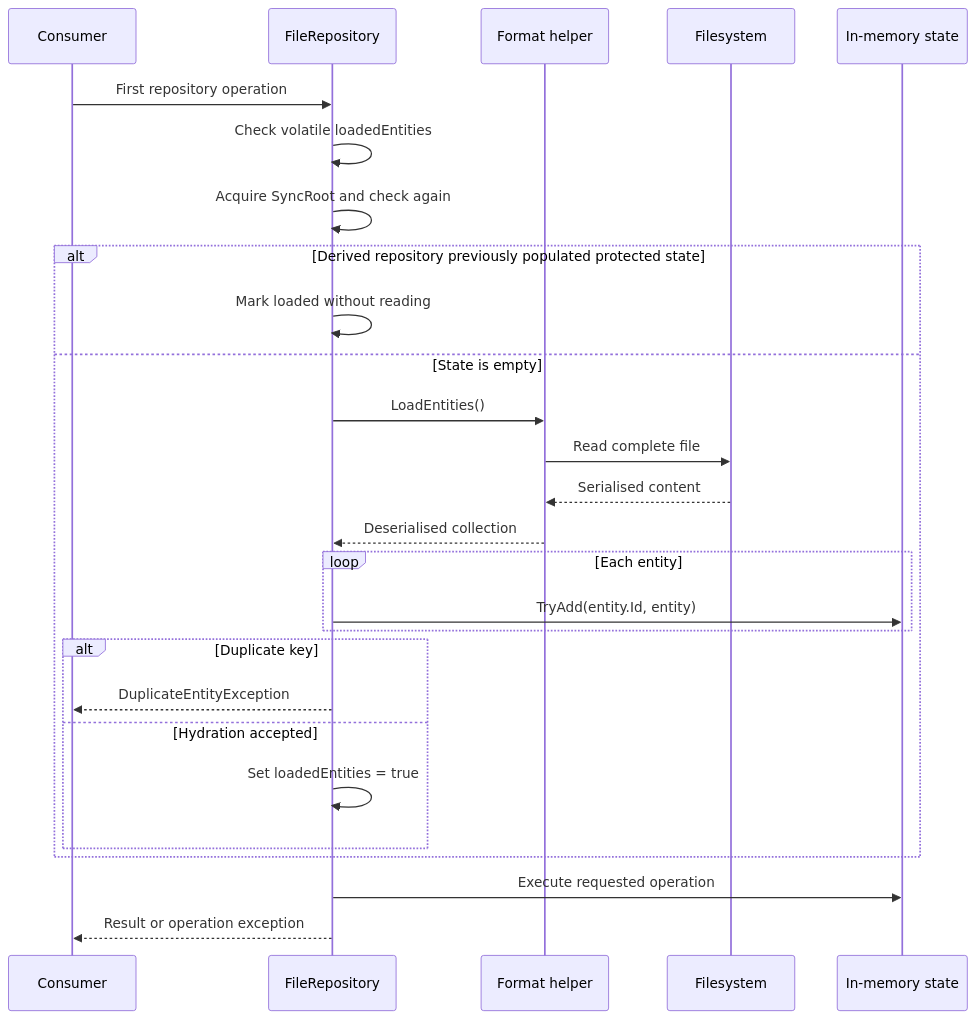
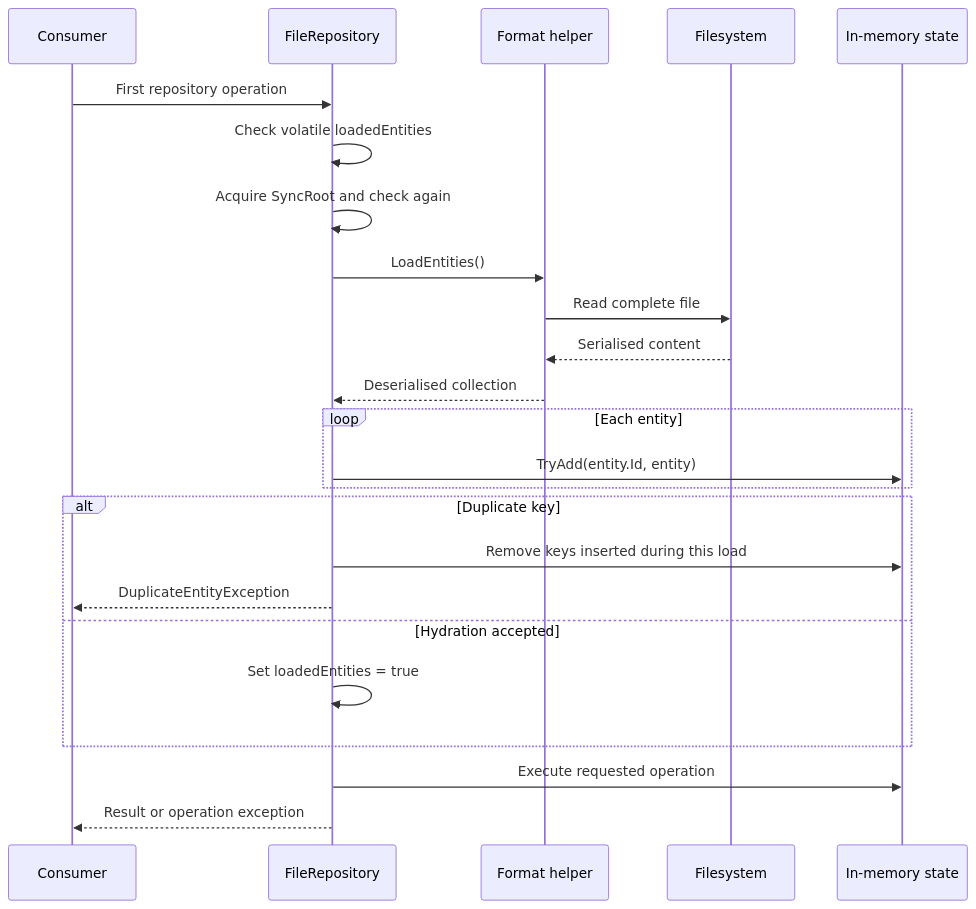
One commit to hmlendea/nucidal changed the sixth of 8 diagrams in ARCHITECTURE.md. Above: the diagram before and after it, drawn with Mermaid. The commit also changed other lines of this file and 2 other files, not shown here.

Commit message:
hydration: Preserve pre-seeded state when hydration fails

````diff
--- a/ARCHITECTURE.md
+++ b/ARCHITECTURE.md
@@ -321,30 +321,27 @@
 ```mermaid
 sequenceDiagram
     participant Consumer
     participant FileRepository
     participant Helper as Format helper
     participant FileSystem as Filesystem
     participant State as In-memory state
 
     Consumer->>FileRepository: First repository operation
     FileRepository->>FileRepository: Check volatile loadedEntities
     FileRepository->>FileRepository: Acquire SyncRoot and check again
-    alt Derived repository previously populated protected state
-        FileRepository->>FileRepository: Mark loaded without reading
-    else State is empty
-        FileRepository->>Helper: LoadEntities()
-        Helper->>FileSystem: Read complete file
-        FileSystem-->>Helper: Serialised content
-        Helper-->>FileRepository: Deserialised collection
-        loop Each entity
-            FileRepository->>State: TryAdd(entity.Id, entity)
-        end
-        alt Duplicate key
-            FileRepository-->>Consumer: DuplicateEntityException
-        else Hydration accepted
-            FileRepository->>FileRepository: Set loadedEntities = true
-        end
+    FileRepository->>Helper: LoadEntities()
+    Helper->>FileSystem: Read complete file
+    FileSystem-->>Helper: Serialised content
+    Helper-->>FileRepository: Deserialised collection
+    loop Each entity
+        FileRepository->>State: TryAdd(entity.Id, entity)
+    end
+    alt Duplicate key
+        FileRepository->>State: Remove keys inserted during this load
+        FileRepository-->>Consumer: DuplicateEntityException
+    else Hydration accepted
+        FileRepository->>FileRepository: Set loadedEntities = true
     end
     FileRepository->>State: Execute requested operation
     FileRepository-->>Consumer: Result or operation exception
 ```
````
